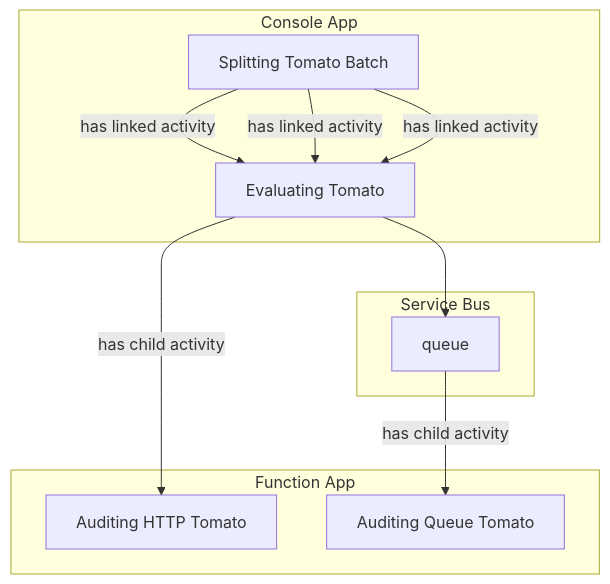
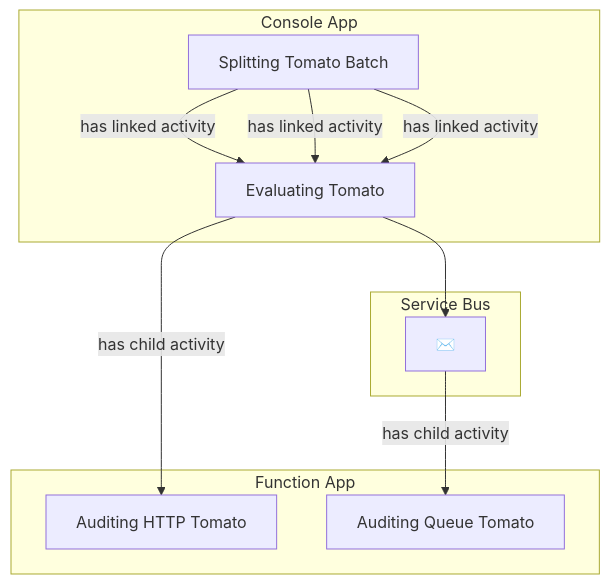
Before and after one commit to erwinkramer/otel-business: the third of 3 diagrams in README.md, drawn with Mermaid.

````diff
--- a/README.md
+++ b/README.md
@@ -110,31 +110,31 @@
 ```mermaid
 flowchart TB
 
 act_evaluating["Evaluating Tomato"]
 act_audit_http["Auditing HTTP Tomato"]
 act_audit_queue["Auditing Queue Tomato"]
 
 subgraph op_parent["Console App"]
 
 act_splitting -- has linked activity --> act_evaluating
 act_splitting -- has linked activity --> act_evaluating
 act_splitting -- has linked activity --> act_evaluating
 
 act_splitting["Splitting Tomato Batch"]
 
 end
 
 subgraph resource_sb["Service Bus"]
-queue
+queue[✉️]
 
 act_evaluating --> queue
 
 end
 
 subgraph op_child["Function App"]
 
 queue -- has child activity --> act_audit_queue
 act_evaluating -- has child activity --> act_audit_http
 
 end
 ```
````
